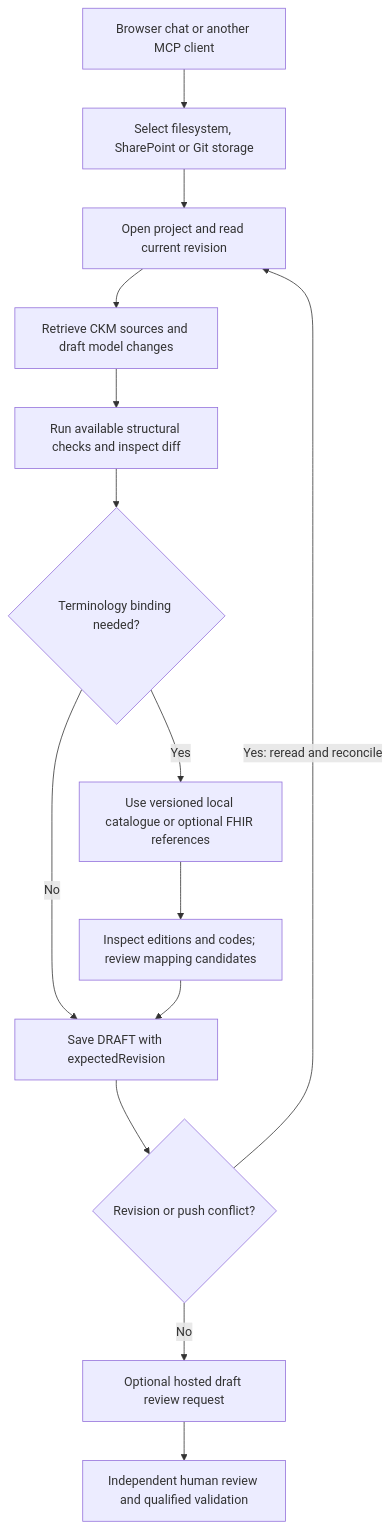
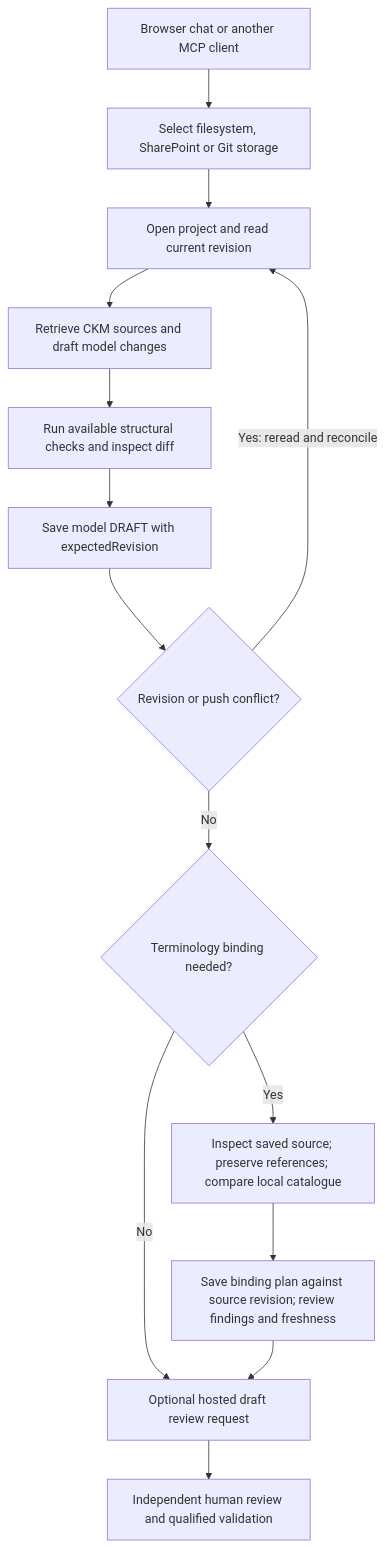
The second of 2 diagrams in README.md (CzarMich/openehr-modelling-assistant), drawn with Mermaid before and after one commit. The commit also changed other lines of this file and 45 other files, not shown here.

Commit message:
feat(terminology): persist revision-bound binding plans and explicit XML inspection

````diff
--- a/README.md
+++ b/README.md
@@ -118,15 +121,15 @@
 ```mermaid
 flowchart TD
     Chat[Browser chat or another MCP client] --> P[Select filesystem, SharePoint or Git storage] --> R[Open project and read current revision]
     R --> D[Retrieve CKM sources and draft model changes]
     D --> V[Run available structural checks and inspect diff]
-    V --> T{Terminology binding needed?}
-    T -->|No| S[Save DRAFT with expectedRevision]
-    T -->|Yes| B[Use versioned local catalogue or optional FHIR references]
-    B --> TB[Inspect editions and codes; review mapping candidates]
-    TB --> S
+    V --> S[Save model DRAFT with expectedRevision]
     S --> C{Revision or push conflict?}
     C -->|Yes: reread and reconcile| R
-    C -->|No| PR[Optional hosted draft review request]
+    C -->|No| T{Terminology binding needed?}
+    T -->|No| PR[Optional hosted draft review request]
+    T -->|Yes| B[Inspect saved source; preserve references; compare local catalogue]
+    B --> TB[Save binding plan against source revision; review findings and freshness]
+    TB --> PR
     PR --> H[Independent human review and qualified validation]
 ```
````
